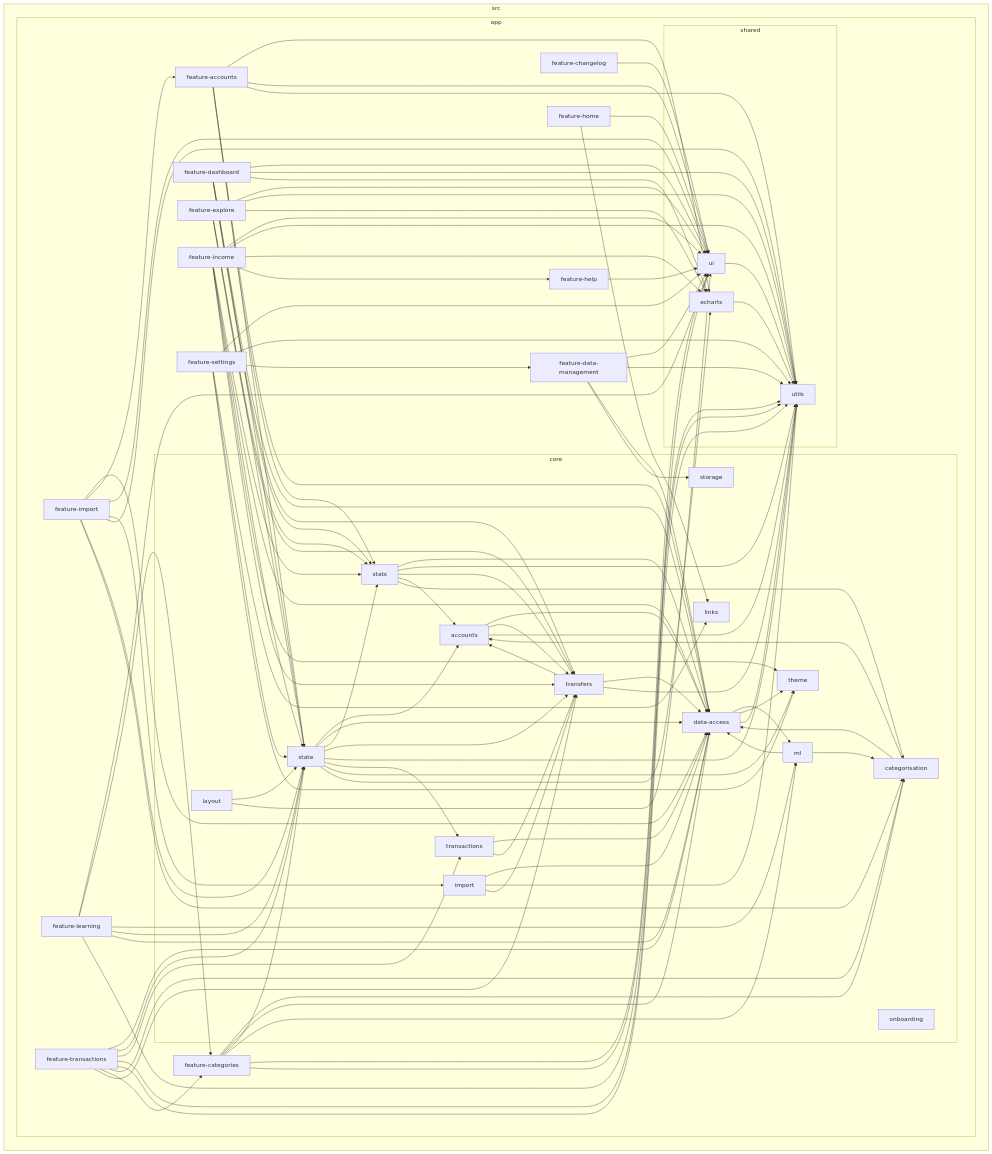
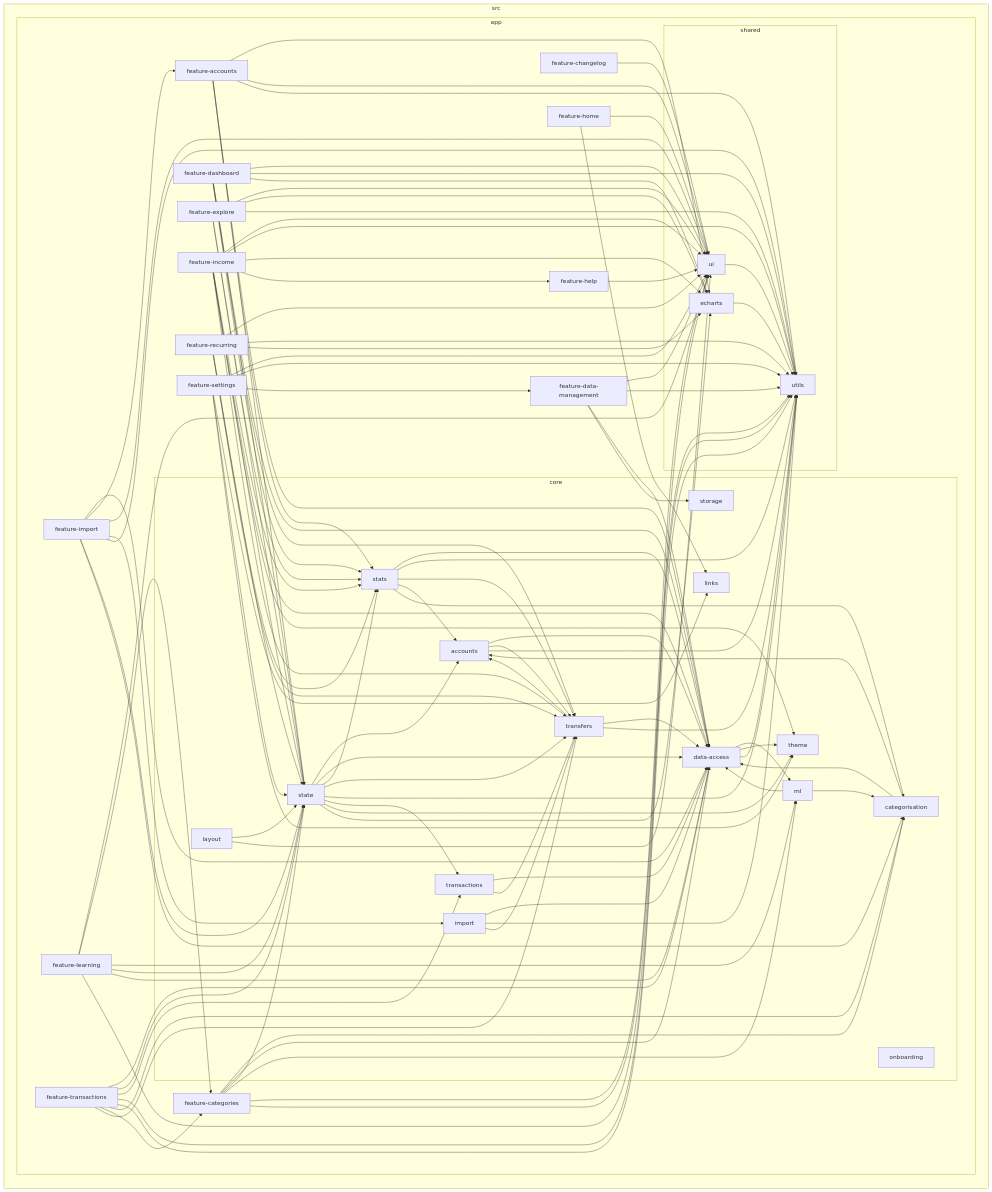
The diagram in reports/dependency-graph.mmd (kevhauma/money-mosaic-v2), drawn with Mermaid before and after one commit. The commit also changed 35 other files, not shown here.

```diff
--- a/reports/dependency-graph.mmd
+++ b/reports/dependency-graph.mmd
@@ -1,144 +1,150 @@
 flowchart LR
 
 subgraph 0["src"]
 subgraph 1["app"]
 subgraph 2["core"]
 3["accounts"]
 4["categorisation"]
 5["data-access"]
 6["import"]
 7["layout"]
 8["links"]
 9["ml"]
 A["onboarding"]
 B["state"]
 C["stats"]
 D["storage"]
 E["theme"]
 F["transactions"]
 G["transfers"]
 end
 H["feature-accounts"]
 I["feature-categories"]
 J["feature-changelog"]
 K["feature-dashboard"]
 L["feature-data-management"]
 M["feature-explore"]
 N["feature-help"]
 O["feature-home"]
 P["feature-import"]
 Q["feature-income"]
 R["feature-learning"]
-S["feature-settings"]
-T["feature-transactions"]
-subgraph U["shared"]
-V["echarts"]
-W["ui"]
-X["utils"]
+S["feature-recurring"]
+T["feature-settings"]
+U["feature-transactions"]
+subgraph V["shared"]
+W["echarts"]
+X["ui"]
+Y["utils"]
 end
 end
 end
 3-->5
 3-->G
-3-->X
+3-->Y
 4-->5
 4-->3
 5-->9
 5-->E
-5-->X
+5-->Y
 6-->5
-6-->X
+6-->Y
 6-->G
 7-->B
-7-->W
+7-->X
 9-->4
 9-->5
 B-->3
 B-->5
 B-->C
 B-->G
-B-->X
+B-->Y
 B-->F
 B-->E
-B-->V
+B-->W
 C-->5
-C-->X
+C-->Y
 C-->G
 C-->3
 C-->4
 F-->5
 F-->G
 G-->5
 G-->3
-G-->X
+G-->Y
 H-->5
-H-->V
+H-->W
 H-->B
-H-->W
 H-->X
+H-->Y
 H-->C
 I-->4
 I-->5
 I-->B
-I-->W
 I-->X
+I-->Y
 I-->9
-J-->W
+J-->X
 K-->5
 K-->B
-K-->W
 K-->X
+K-->Y
 K-->G
 K-->C
-K-->V
+K-->W
 L-->5
 L-->D
-L-->W
 L-->X
+L-->Y
+M-->B
+M-->X
+M-->C
 M-->W
-M-->B
-M-->C
-M-->X
-M-->G
-M-->V
-N-->W
+M-->Y
+N-->X
 O-->8
-O-->W
+O-->X
 P-->5
 P-->H
-P-->W
+P-->X
 P-->6
-P-->X
+P-->Y
 P-->B
 P-->4
 Q-->C
-Q-->W
 Q-->X
+Q-->Y
 Q-->5
 Q-->B
 Q-->E
 Q-->G
-Q-->V
+Q-->W
 Q-->N
-R-->W
+R-->X
 R-->I
 R-->9
 R-->B
 R-->5
-R-->X
+R-->Y
+S-->X
+S-->B
+S-->C
+S-->Y
+S-->G
 S-->W
-S-->8
-S-->B
-S-->X
-S-->L
-S-->E
-T-->5
+T-->X
+T-->8
 T-->B
-T-->F
-T-->W
-T-->X
-T-->4
-T-->I
-T-->G
-V-->X
-W-->X
+T-->Y
+T-->L
+T-->E
+U-->5
+U-->B
+U-->F
+U-->X
+U-->Y
+U-->4
+U-->I
+U-->G
+W-->Y
+X-->Y
```
